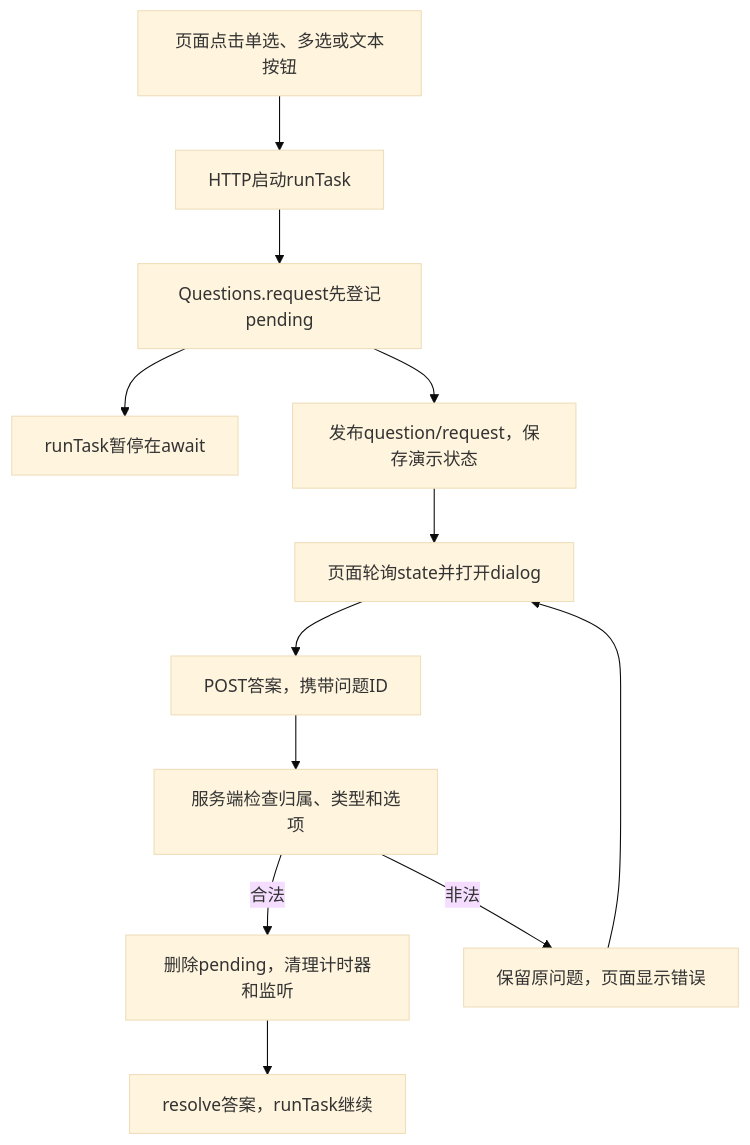
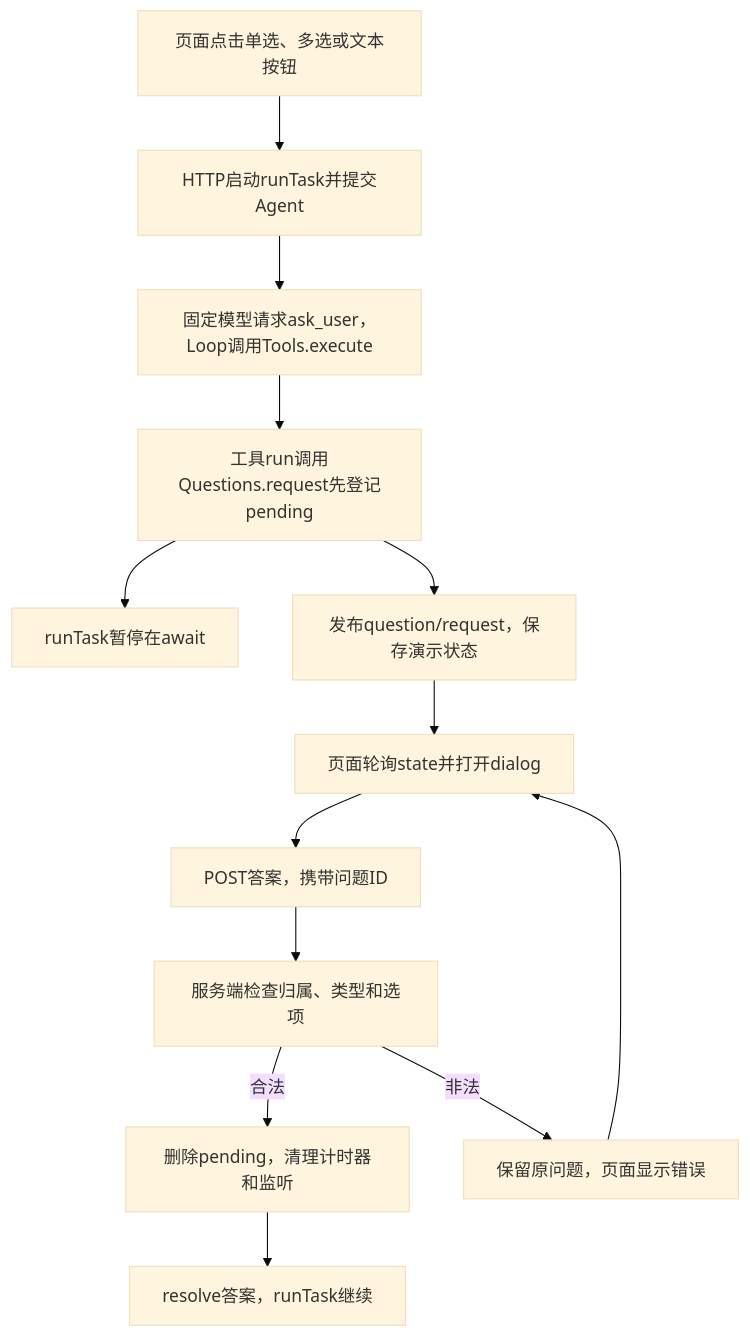
One commit to dddddd889/deepseek-harness-demo changed the first of 6 diagrams in tutorial/linear/supplements/023-user-questions.md. Above: the diagram before and after it, drawn with Mermaid (base theme). The commit also changed other lines of this file and 6 other files, not shown here.

````diff
--- a/tutorial/linear/supplements/023-user-questions.md
+++ b/tutorial/linear/supplements/023-user-questions.md
@@ -28,14 +29,15 @@
 ```mermaid
 flowchart TD
-    Start[页面点击单选、多选或文本按钮] --> Task[HTTP启动runTask]
-    Task --> Q[Questions.request先登记pending]
+    Start[页面点击单选、多选或文本按钮] --> Task[HTTP启动runTask并提交Agent]
+    Task --> Tool[固定模型请求ask_user，Loop调用Tools.execute]
+    Tool --> Q[工具run调用Questions.request先登记pending]
     Q --> Wait[runTask暂停在await]
     Q --> State[发布question/request，保存演示状态]
     State --> Dialog[页面轮询state并打开dialog]
     Dialog --> Answer[POST答案，携带问题ID]
     Answer --> Check[服务端检查归属、类型和选项]
     Check -->|合法| Finish[删除pending，清理计时器和监听]
     Check -->|非法| Retry[保留原问题，页面显示错误]
     Retry --> Dialog
     Finish --> Continue[resolve答案，runTask继续]
 ```
````
